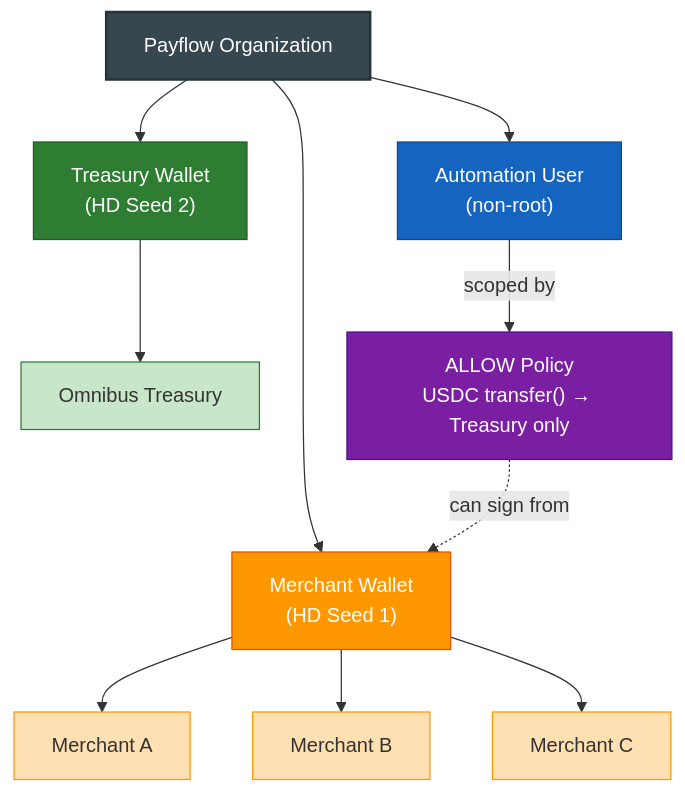
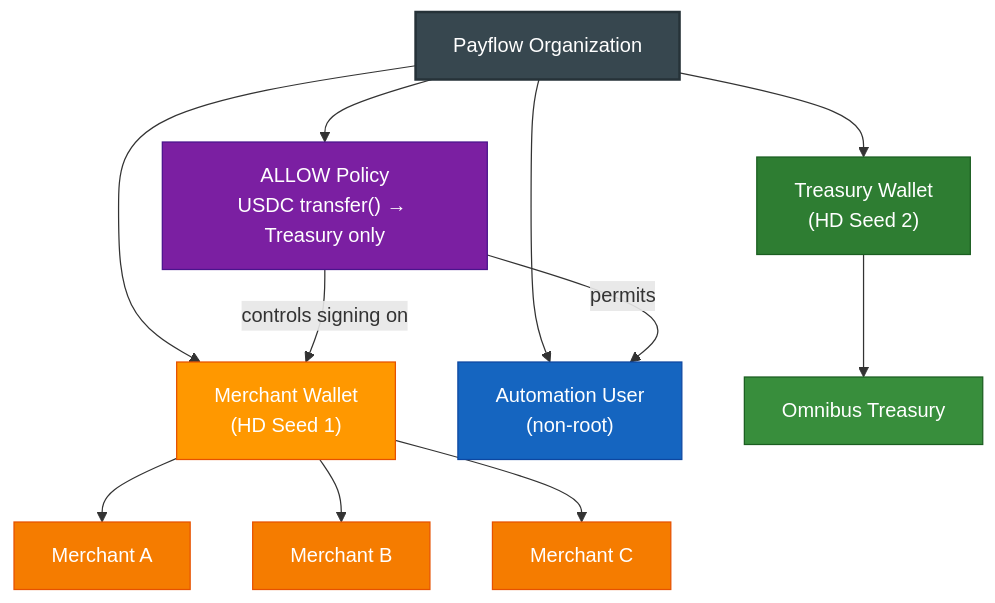
One commit to tkhq/sdk changed the first of 2 diagrams in examples/payflow-demo/docs/payflow-readout.md. Above: the diagram before and after it, drawn with Mermaid. The commit also changed other lines of this file, not shown here.

Commit message:
Bold colors, compact flowchart, clearer policy relationships

````diff
--- a/examples/payflow-demo/docs/payflow-readout.md
+++ b/examples/payflow-demo/docs/payflow-readout.md
@@ -29,27 +29,28 @@
 ```mermaid
 graph TB
     Org["Payflow Organization"]
 
     Org --> MW["Merchant Wallet\n(HD Seed 1)"]
     Org --> TW["Treasury Wallet\n(HD Seed 2)"]
     Org --> AU["Automation User\n(non-root)"]
+    Org --> P["ALLOW Policy\nUSDC transfer() → Treasury only"]
 
     MW --> M0["Merchant A"]
     MW --> M1["Merchant B"]
     MW --> M2["Merchant C"]
 
     TW --> T["Omnibus Treasury"]
 
-    AU -- "scoped by" --> P["ALLOW Policy\nUSDC transfer() → Treasury only"]
-    P -. "can sign from" .-> MW
+    P -- "permits" --> AU
+    P -- "controls signing on" --> MW
 
     style Org fill:#37474f,stroke:#263238,color:#fff,stroke-width:2px
     style MW fill:#ff9800,stroke:#e65100,color:#fff
-    style M0 fill:#ffe0b2,stroke:#ff9800
-    style M1 fill:#ffe0b2,stroke:#ff9800
-    style M2 fill:#ffe0b2,stroke:#ff9800
+    style M0 fill:#f57c00,stroke:#e65100,color:#fff
+    style M1 fill:#f57c00,stroke:#e65100,color:#fff
+    style M2 fill:#f57c00,stroke:#e65100,color:#fff
     style TW fill:#2e7d32,stroke:#1b5e20,color:#fff
-    style T fill:#c8e6c9,stroke:#2e7d32
+    style T fill:#388e3c,stroke:#1b5e20,color:#fff
     style AU fill:#1565c0,stroke:#0d47a1,color:#fff
     style P fill:#7b1fa2,stroke:#4a148c,color:#fff
 ```
````
